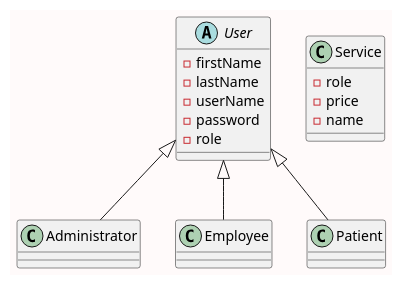
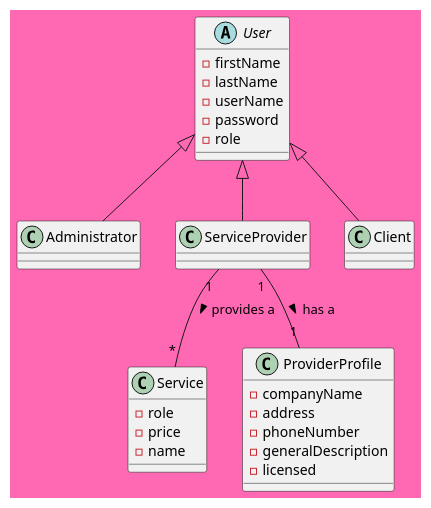
Before and after one commit to callmekungfu/chad: the diagram in accountManagementUML.puml, drawn with PlantUML.

```diff
--- a/accountManagementUML.puml
+++ b/accountManagementUML.puml
@@ -2,28 +2,40 @@
 @startuml Account Management
-    skinparam backgroundColor Snow
+
+skinparam backgroundColor HotPink
 
     abstract class User{
         -firstName
         -lastName
         -userName
         -password
         -role
     }
 
     class Administrator extends User{
 
     }
 
-    class Employee extends User{
+    class ServiceProvider extends User{
 
     }
-    class Patient extends User{
+    class Client extends User{
 
     }
 
     class Service{
       -role
       -price
       -name
     }
+
+    class ProviderProfile{
+      -companyName
+      -address
+      -phoneNumber
+      -generalDescription
+      -licensed
+    }
+
+    ServiceProvider "1" -- "1" ProviderProfile: > has a
+    ServiceProvider "1" -- "*" Service: > provides a
 @enduml
```
